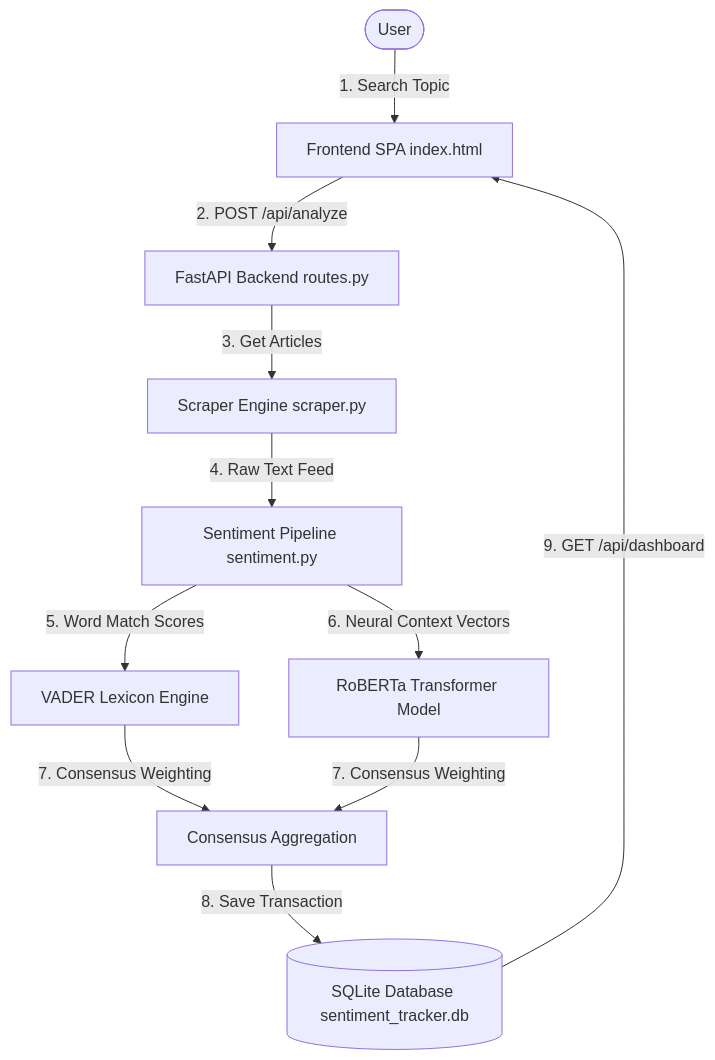
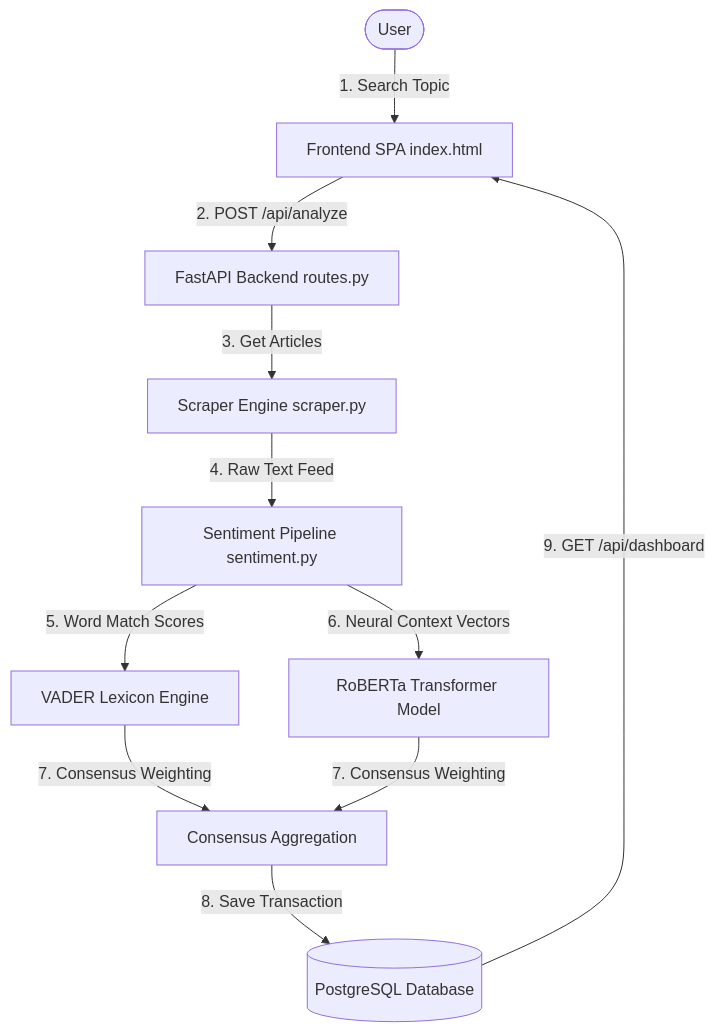
The first of 2 diagrams in README.md (subxm/SentioTrack), drawn with Mermaid before and after one commit. The commit also changed other lines of this file, not shown here.

Commit message:
fix: correct all SQLite references to PostgreSQL in README

````diff
--- a/README.md
+++ b/README.md
@@ -13,12 +13,12 @@
 ```mermaid
 graph TD
     User([User]) -->|1. Search Topic| UI[Frontend SPA index.html]
     UI -->|2. POST /api/analyze| FastAPI[FastAPI Backend routes.py]
     FastAPI -->|3. Get Articles| Scraper[Scraper Engine scraper.py]
     Scraper -->|4. Raw Text Feed| Pipeline[Sentiment Pipeline sentiment.py]
     Pipeline -->|5. Word Match Scores| VADER[VADER Lexicon Engine]
     Pipeline -->|6. Neural Context Vectors| RoBERTa[RoBERTa Transformer Model]
     VADER & RoBERTa -->|7. Consensus Weighting| Aggregator[Consensus Aggregation]
-    Aggregator -->|8. Save Transaction| DB[(SQLite Database sentiment_tracker.db)]
+    Aggregator -->|8. Save Transaction| DB[(PostgreSQL Database)]
     DB -->|9. GET /api/dashboard| UI
 ```
````
